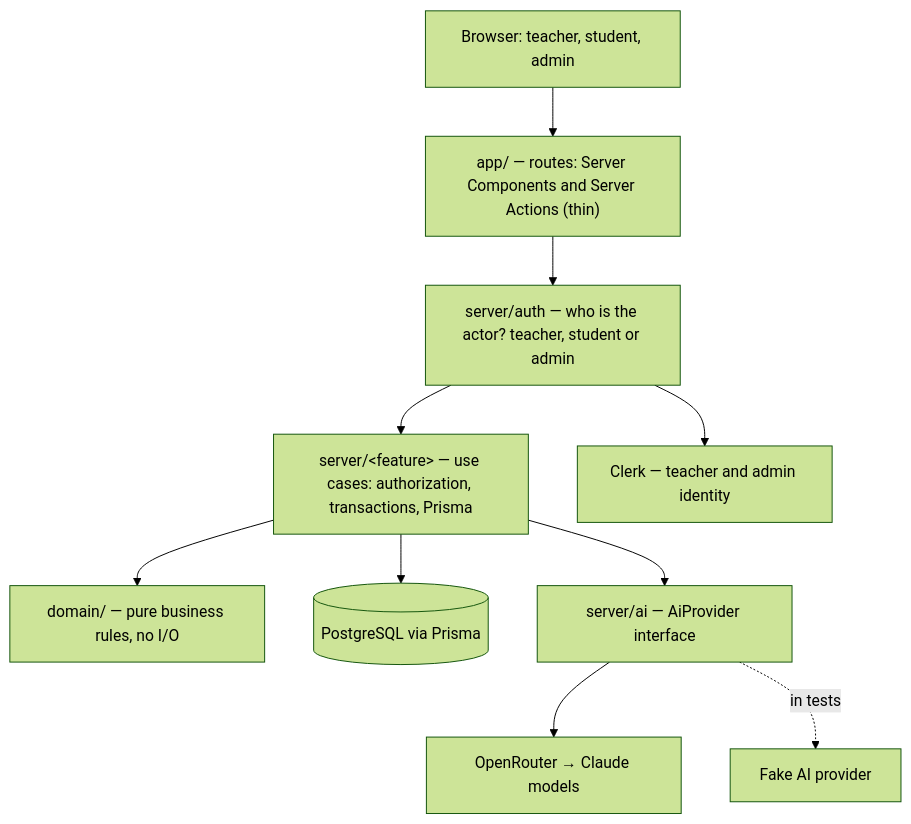
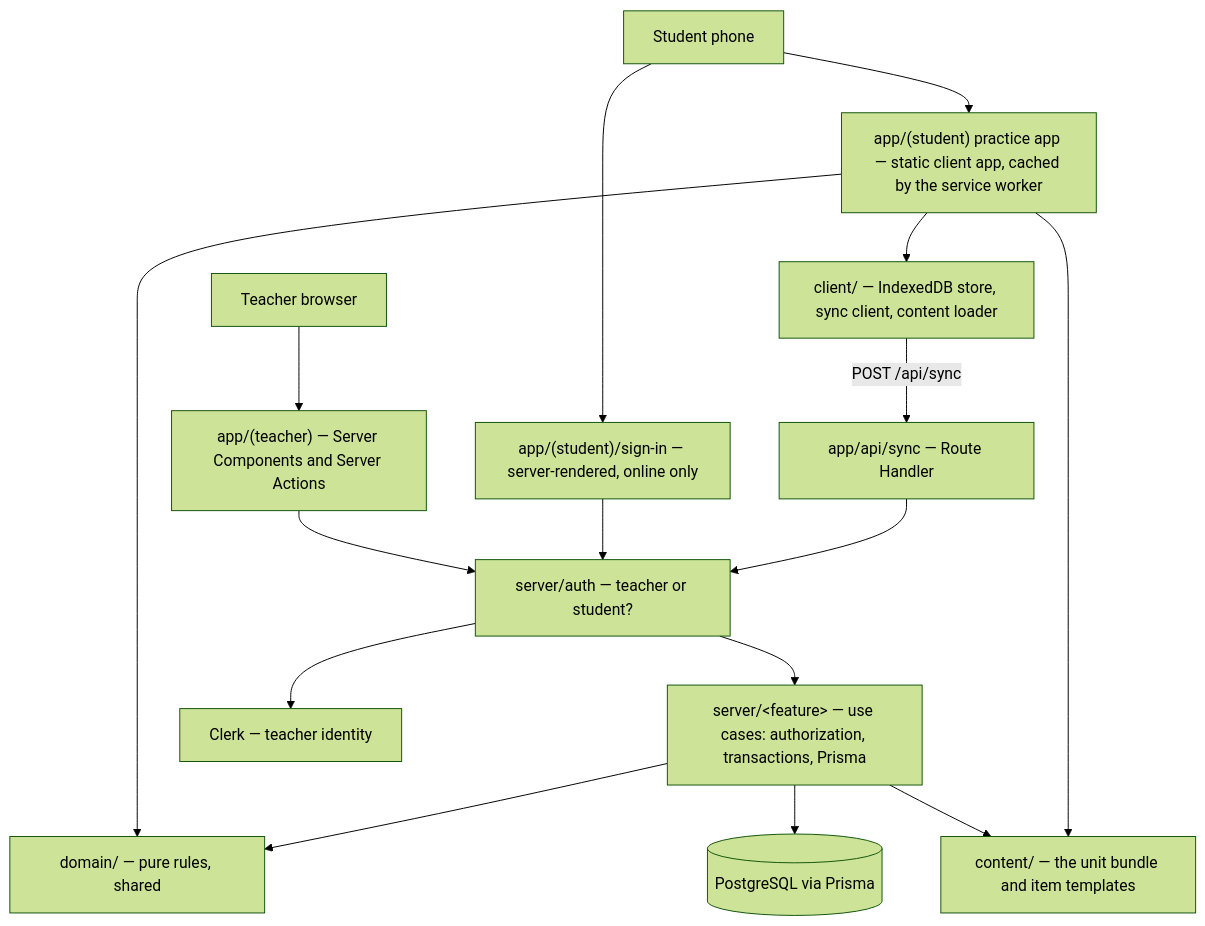
Before and after one commit to Majed-RO/darsi: the first of 2 diagrams in docs/plan/02-architecture.md, drawn with Mermaid (forest theme). The commit also changed other lines of this file and 9 other files, not shown here.

````diff
--- a/docs/plan/02-architecture.md
+++ b/docs/plan/02-architecture.md
@@ -38,12 +46,18 @@
 ```mermaid
 flowchart TD
-  B["Browser: teacher, student, admin"] --> R["app/ — routes: Server Components and Server Actions (thin)"]
-  R --> G["server/auth — who is the actor? teacher, student or admin"]
+  T["Teacher browser"] --> TR["app/(teacher) — Server Components and Server Actions"]
+  S["Student phone"] --> SI["app/(student)/sign-in — server-rendered, online only"]
+  S --> SA["app/(student) practice app — static client app, cached by the service worker"]
+  SA --> L["client/ — IndexedDB store, sync client, content loader"]
+  SA --> D["domain/ — pure rules, shared"]
+  L -- "POST /api/sync" --> RH["app/api/sync — Route Handler"]
+  TR --> G["server/auth — teacher or student?"]
+  SI --> G
+  RH --> G
   G --> U["server/&lt;feature&gt; — use cases: authorization, transactions, Prisma"]
-  U --> D["domain/ — pure business rules, no I/O"]
+  U --> D
   U --> P[("PostgreSQL via Prisma")]
-  U --> A["server/ai — AiProvider interface"]
-  A --> C["OpenRouter → Claude models"]
-  A -. "in tests" .-> F["Fake AI provider"]
-  G --> K["Clerk — teacher and admin identity"]
+  U --> C["content/ — the unit bundle and item templates"]
+  SA --> C
+  G --> K["Clerk — teacher identity"]
 ```
````
